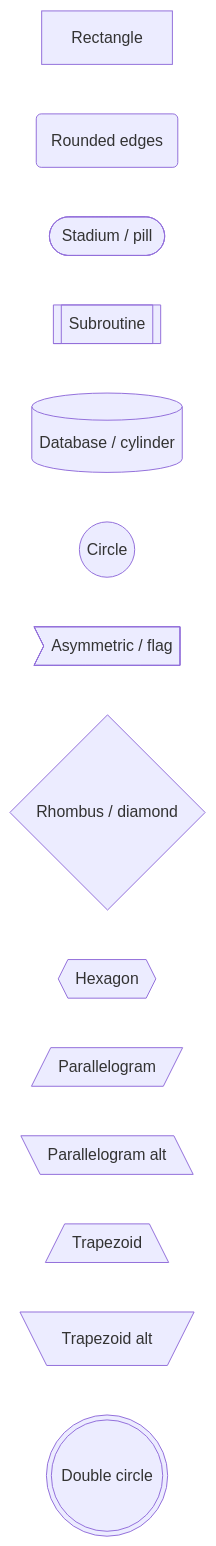
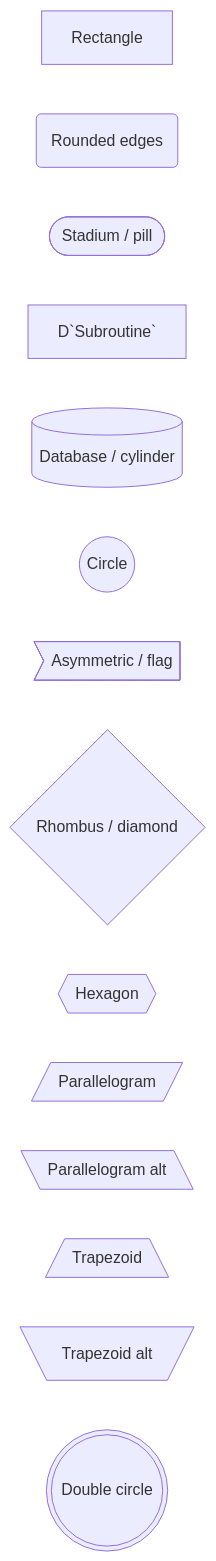
Before and after one commit to hencter/Nova: the first of 21 diagrams in concepts/mermaid-diagrams.md, drawn with Mermaid. The commit also changed other lines of this file and 56 other files, not shown here.

````diff
--- a/concepts/mermaid-diagrams.md
+++ b/concepts/mermaid-diagrams.md
@@ -62,17 +62,17 @@
 ```mermaid
 graph LR
     A[Rectangle]
     B(Rounded edges)
     C([Stadium / pill])
-    D[[Subroutine]]
+    D`Subroutine`
     E[(Database / cylinder)]
     F((Circle))
     G>Asymmetric / flag]
     H{Rhombus / diamond}
     I{{Hexagon}}
     J[/Parallelogram/]
     K[\Parallelogram alt\]
     L[/Trapezoid\]
     M[\Trapezoid alt/]
     N(((Double circle)))
 ```
````
